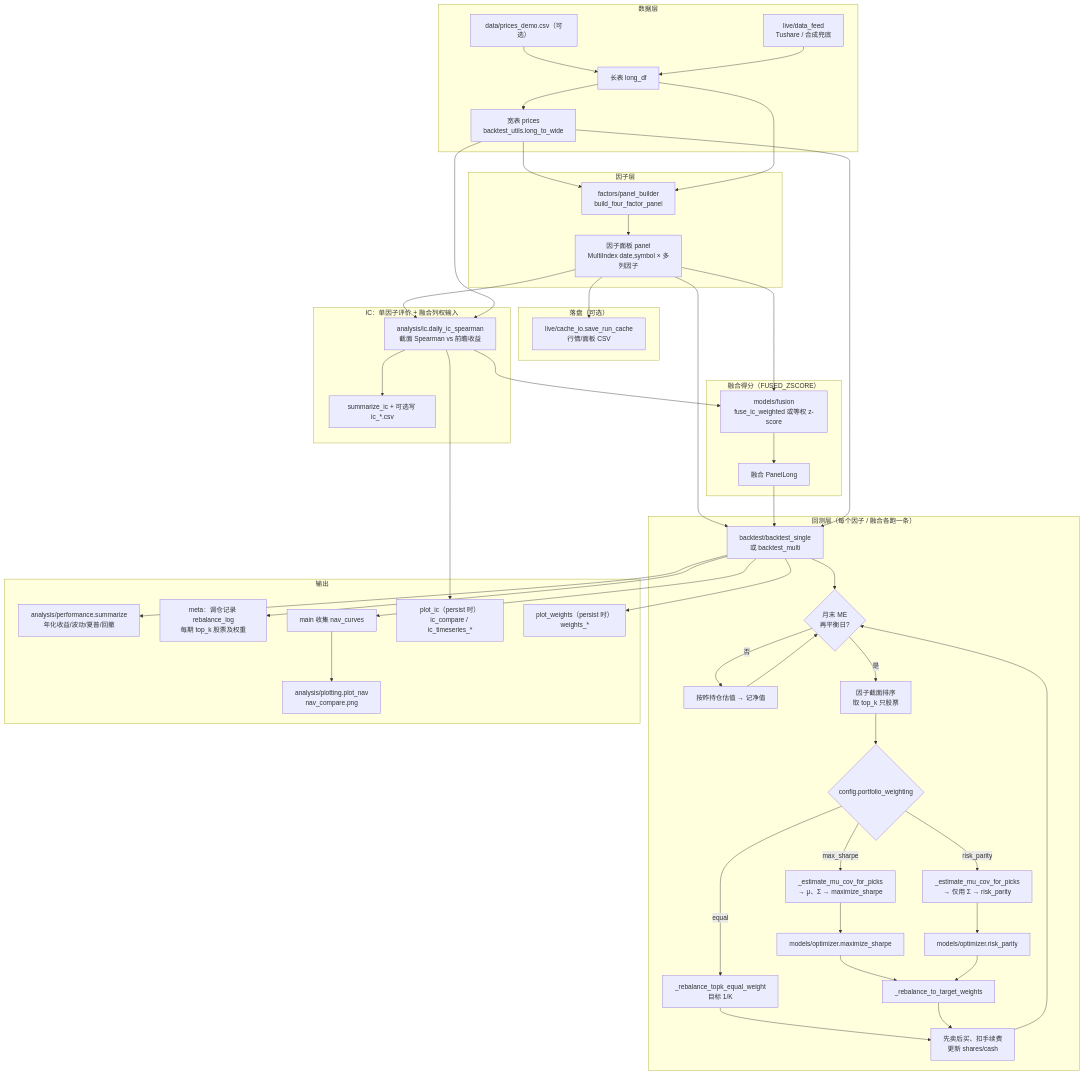
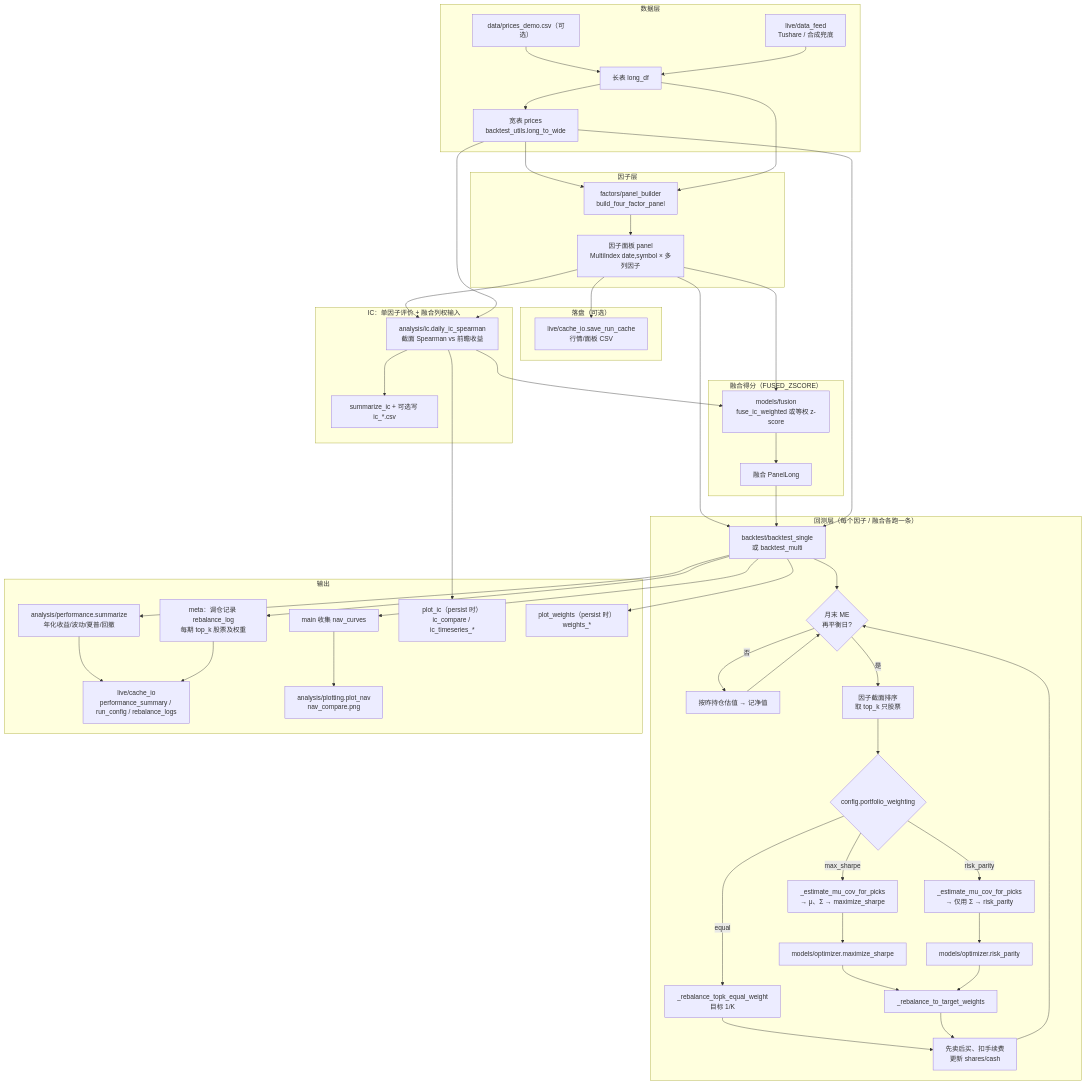
Before and after one commit to Mikowong0821/quant_strategy: the diagram in docs/FLOW_AND_MODULES.md, drawn with Mermaid. The commit also changed other lines of this file and 26 other files, not shown here.

````diff
--- a/docs/FLOW_AND_MODULES.md
+++ b/docs/FLOW_AND_MODULES.md
@@ -9,62 +9,64 @@
 ```mermaid
 flowchart TB
     subgraph data["数据层"]
         CSV["data/prices_demo.csv（可选）"]
         TS["live/data_feed<br/>Tushare / 合成兜底"]
         CSV --> LONG["长表 long_df"]
         TS --> LONG
         LONG --> WIDE["宽表 prices<br/>backtest_utils.long_to_wide"]
     end
 
     subgraph panel["因子层"]
         WIDE --> FB["factors/panel_builder<br/>build_four_factor_panel"]
         LONG --> FB
         FB --> PANEL["因子面板 panel<br/>MultiIndex date,symbol × 多列因子"]
     end
 
     subgraph cache["落盘（可选）"]
         PANEL --> CI["live/cache_io.save_run_cache<br/>行情/面板 CSV"]
     end
 
     subgraph ic_block["IC：单因子评价 + 融合列权输入"]
         PANEL --> IC["analysis/ic.daily_ic_spearman<br/>截面 Spearman vs 前瞻收益"]
         WIDE --> IC
         IC --> ICSUM["summarize_ic + 可选写 ic_*.csv"]
     end
 
     subgraph fusion["融合得分（FUSED_ZSCORE）"]
         PANEL --> FZ["models/fusion<br/>fuse_ic_weighted 或等权 z-score"]
         IC --> FZ
         FZ --> FUSED["融合 PanelLong"]
     end
 
     subgraph bt["回测层（每个因子 / 融合各跑一条）"]
         PANEL --> BT["backtest/backtest_single<br/>或 backtest_multi"]
         FUSED --> BT
         WIDE --> BT
         BT --> RB{"月末 ME<br/>再平衡日?"}
         RB -->|否| NAV1["按昨持仓估值 → 记净值"]
         RB -->|是| TOPK["因子截面排序<br/>取 top_k 只股票"]
         TOPK --> WMODE{"config.portfolio_weighting"}
         WMODE -->|equal| EQ["_rebalance_topk_equal_weight<br/>目标 1/K"]
         WMODE -->|max_sharpe| EST["_estimate_mu_cov_for_picks<br/>→ μ、Σ → maximize_sharpe"]
         EST --> MS["models/optimizer.maximize_sharpe"]
         WMODE -->|risk_parity| EST2["_estimate_mu_cov_for_picks<br/>→ 仅用 Σ → risk_parity"]
         EST2 --> RP["models/optimizer.risk_parity"]
         MS --> TW["_rebalance_to_target_weights"]
         RP --> TW
         EQ --> NAV2["先卖后买、扣手续费<br/>更新 shares/cash"]
         TW --> NAV2
         NAV1 --> RB
         NAV2 --> RB
     end
 
     subgraph out["输出"]
         BT --> PERF["analysis/performance.summarize<br/>年化收益/波动/夏普/回撤"]
         BT --> META["meta：调仓记录 rebalance_log<br/>每期 top_k 股票及权重"]
+        PERF --> EXP["live/cache_io<br/>performance_summary / run_config / rebalance_logs"]
+        META --> EXP
         BT --> NAVC["main 收集 nav_curves"]
         NAVC --> PLOT["analysis/plotting.plot_nav<br/>nav_compare.png"]
         IC --> ICFIG["plot_ic（persist 时）<br/>ic_compare / ic_timeseries_*"]
         BT --> WFIG["plot_weights（persist 时）<br/>weights_*"]
     end
 ```
````
